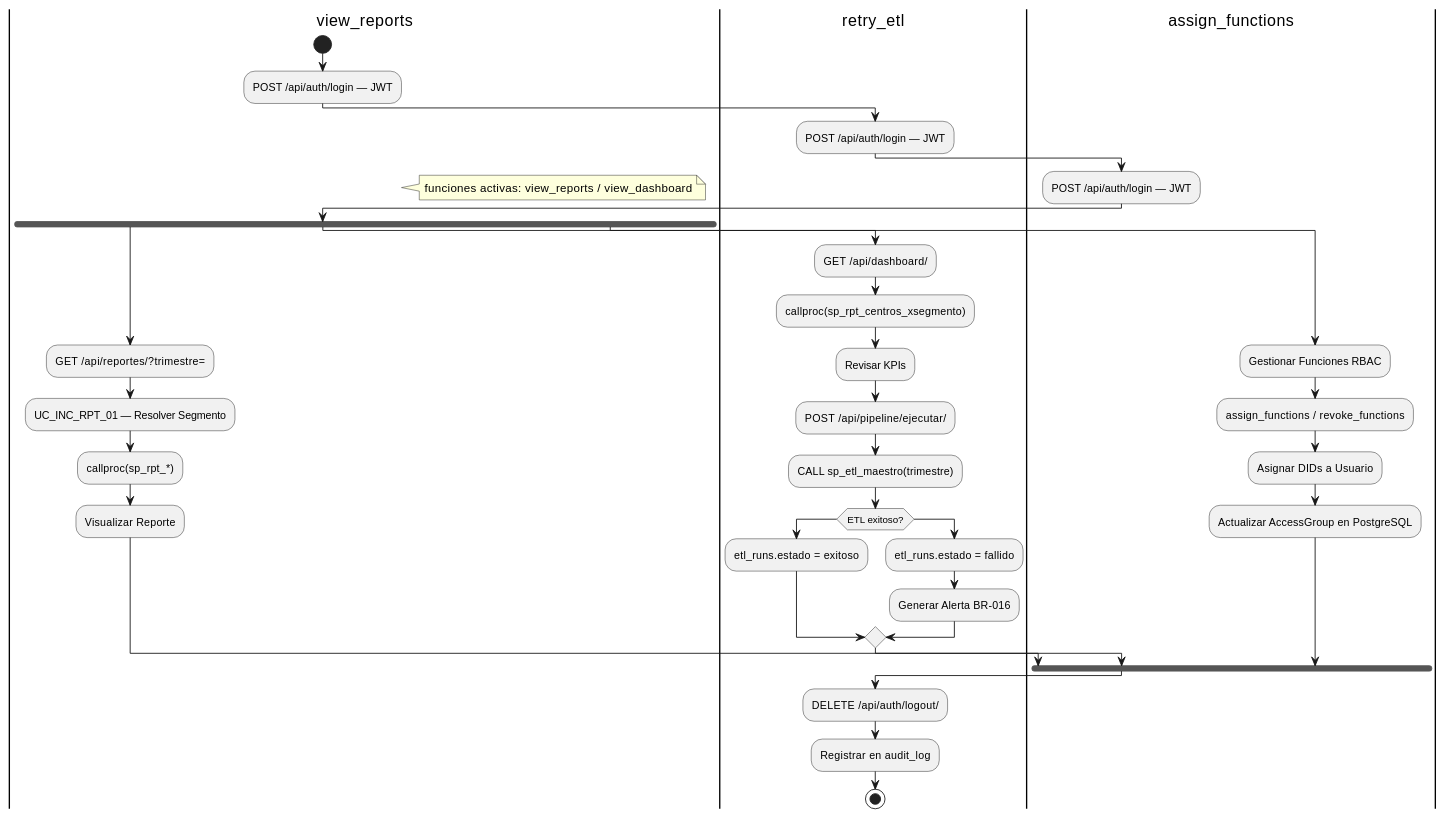
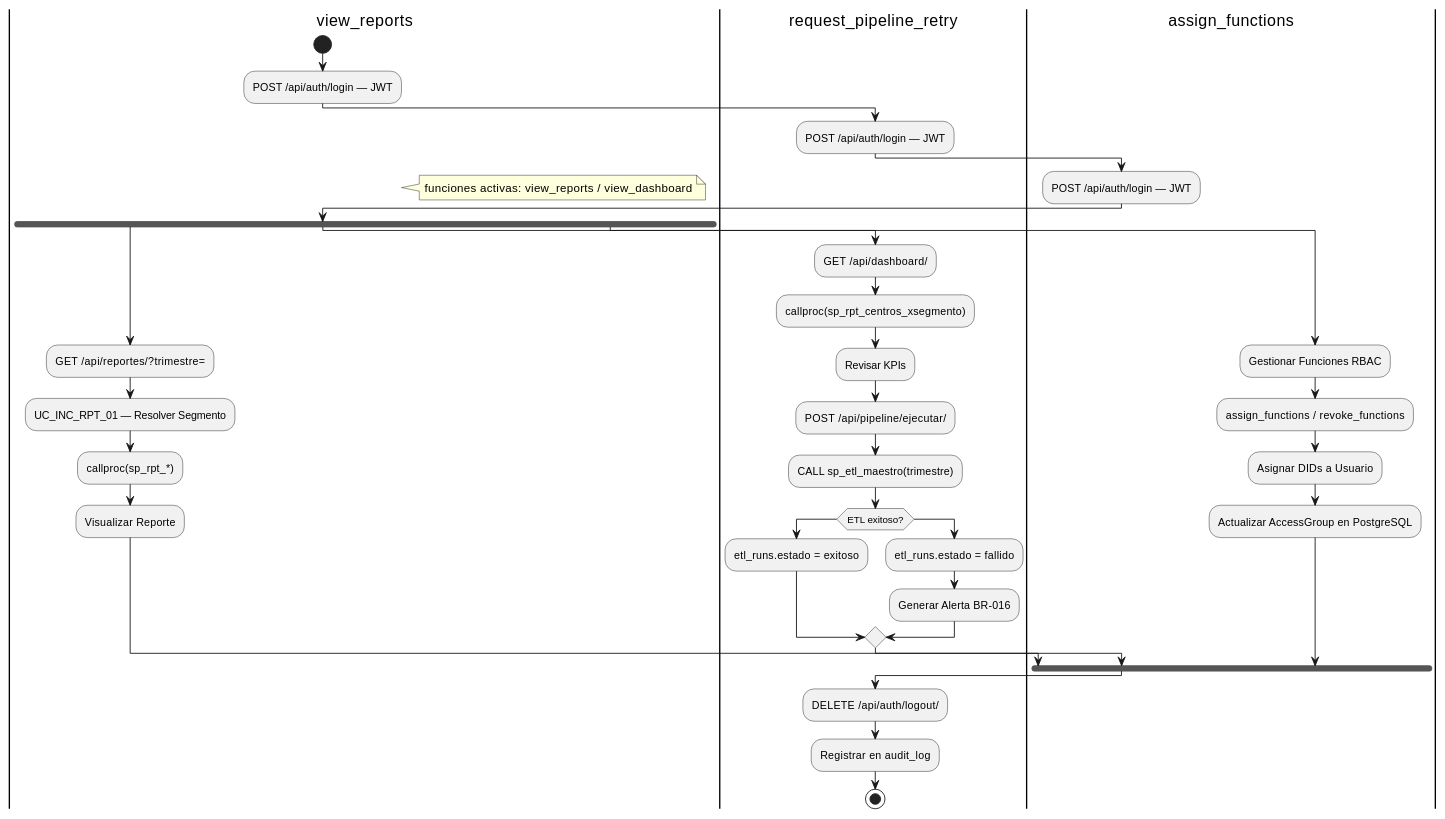
The third of 12 diagrams in source/arquitectura-tecnica/diagramas-uml-sistema.rst (jcg-admin/IACT-docs), drawn with PlantUML before and after one commit. The commit also changed other lines of this file and 157 other files, not shown here.

First line of the commit message:
Enforce catalog function names across all diagrams

```diff
--- a/source/arquitectura-tecnica/diagramas-uml-sistema.rst
+++ b/source/arquitectura-tecnica/diagramas-uml-sistema.rst
@@ -373,63 +373,63 @@
 .. uml::
  :caption: Figura 6 — Diagrama de actividad (flujo principal por grupo RBAC)
 
  @startuml
 
  |view_reports|
  start
 
- |retry_etl|
+ |request_pipeline_retry|
 
  |assign_functions|
 
  |view_reports|
  :POST /api/auth/login — JWT;
 
- |retry_etl|
+ |request_pipeline_retry|
  :POST /api/auth/login — JWT;
 
  |assign_functions|
  :POST /api/auth/login — JWT;
 
  |view_reports|
  note right: funciones activas: view_reports / view_dashboard
 
  fork
 
    |view_reports|
    :GET /api/reportes/?trimestre=;
    :UC_INC_RPT_01 — Resolver Segmento;
    :callproc(sp_rpt_*);
    :Visualizar Reporte;
 
  fork again
 
-   |retry_etl|
+   |request_pipeline_retry|
    :GET /api/dashboard/;
    :callproc(sp_rpt_centros_xsegmento);
    :Revisar KPIs;
    :POST /api/pipeline/ejecutar/;
    :CALL sp_etl_maestro(trimestre);
    if (ETL exitoso?) then
      :etl_runs.estado = exitoso;
    else
      :etl_runs.estado = fallido;
      :Generar Alerta BR-016;
    endif
 
  fork again
 
    |assign_functions|
    :Gestionar Funciones RBAC;
    :assign_functions / revoke_functions;
    :Asignar DIDs a Usuario;
    :Actualizar AccessGroup en PostgreSQL;
 
  end fork
 
- |retry_etl|
+ |request_pipeline_retry|
  :DELETE /api/auth/logout/;
  :Registrar en audit_log;
  stop
 
  @enduml
```
